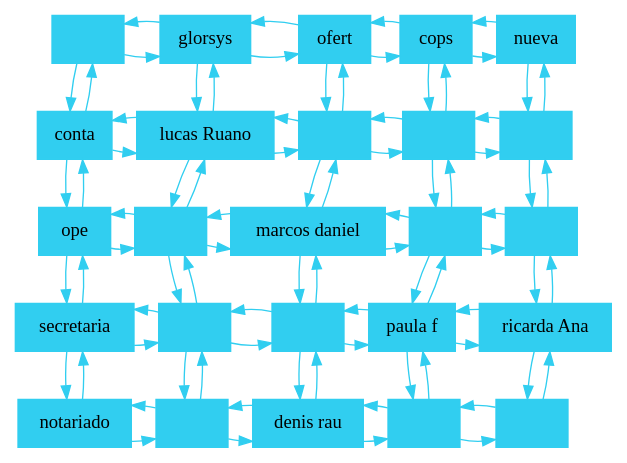
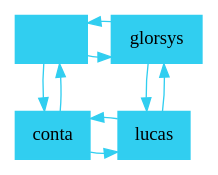
One commit to 201504242/Proyecto1s12017_201504303_201520506_201504242_201314001 changed the diagram in PYTHON/matriz.dot. Above: the diagram before and after it, drawn with Graphviz. The commit also changed 7 other files, not shown here.

```diff
--- a/PYTHON/matriz.dot
+++ b/PYTHON/matriz.dot
@@ -1,119 +1,23 @@
 digraph G { 
 rankdir=TB; 
  node [shape=box];
  node [style=filled]; 
  node [fillcolor="#31CEF0"];
  node [color="#31CEF0"];
  edge [color="#31CEF0"];
 00[label = ""] ;
 10[label = "glorsys"] ;
-20[label = "ofert"] ;
-30[label = "cops"] ;
-40[label = "nueva"] ;
 01[label = "conta"] ;
-11[label = "lucas Ruano"] ;
-21[label = ""] ;
-31[label = ""] ;
-41[label = ""] ;
-02[label = "ope"] ;
-12[label = ""] ;
-22[label = "marcos daniel"] ;
-32[label = ""] ;
-42[label = ""] ;
-03[label = "secretaria"] ;
-13[label = ""] ;
-23[label = ""] ;
-33[label = "paula f"] ;
-43[label = "ricarda Ana"] ;
-04[label = "notariado"] ;
-14[label = ""] ;
-24[label = "denis rau"] ;
-34[label = ""] ;
-44[label = ""] ;
+11[label = "lucas"] ;
 
 00 -> 10;
 00 -> 01;
-10 -> 20;
 10 -> 11;
 10 -> 00;
-20 -> 30;
-20 -> 21;
-20 -> 10;
-30 -> 40;
-30 -> 31;
-30 -> 20;
-40 -> 41;
-40 -> 30;
 01 -> 11;
 01 -> 00;
-01 -> 02;
-11 -> 21;
 11 -> 10;
-11 -> 12;
 11 -> 01;
-21 -> 31;
-21 -> 20;
-21 -> 22;
-21 -> 11;
-31 -> 41;
-31 -> 30;
-31 -> 32;
-31 -> 21;
-41 -> 40;
-41 -> 42;
-41 -> 31;
-02 -> 12;
-02 -> 01;
-02 -> 03;
-12 -> 22;
-12 -> 11;
-12 -> 13;
-12 -> 02;
-22 -> 32;
-22 -> 21;
-22 -> 23;
-22 -> 12;
-32 -> 42;
-32 -> 31;
-32 -> 33;
-32 -> 22;
-42 -> 41;
-42 -> 43;
-42 -> 32;
-03 -> 13;
-03 -> 02;
-03 -> 04;
-13 -> 23;
-13 -> 12;
-13 -> 14;
-13 -> 03;
-23 -> 33;
-23 -> 22;
-23 -> 24;
-23 -> 13;
-33 -> 43;
-33 -> 32;
-33 -> 34;
-33 -> 23;
-43 -> 42;
-43 -> 44;
-43 -> 33;
-04 -> 14;
-04 -> 03;
-14 -> 24;
-14 -> 13;
-14 -> 04;
-24 -> 34;
-24 -> 23;
-24 -> 14;
-34 -> 44;
-34 -> 33;
-34 -> 24;
-44 -> 43;
-44 -> 34;
 
- {rank=same"00";"10";"20";"30";"40";}
- {rank=same"01";"11";"21";"31";"41";}
- {rank=same"02";"12";"22";"32";"42";}
- {rank=same"03";"13";"23";"33";"43";}
- {rank=same"04";"14";"24";"34";"44";} }
+ {rank=same"00";"10";}
+ {rank=same"01";"11";} }
```
